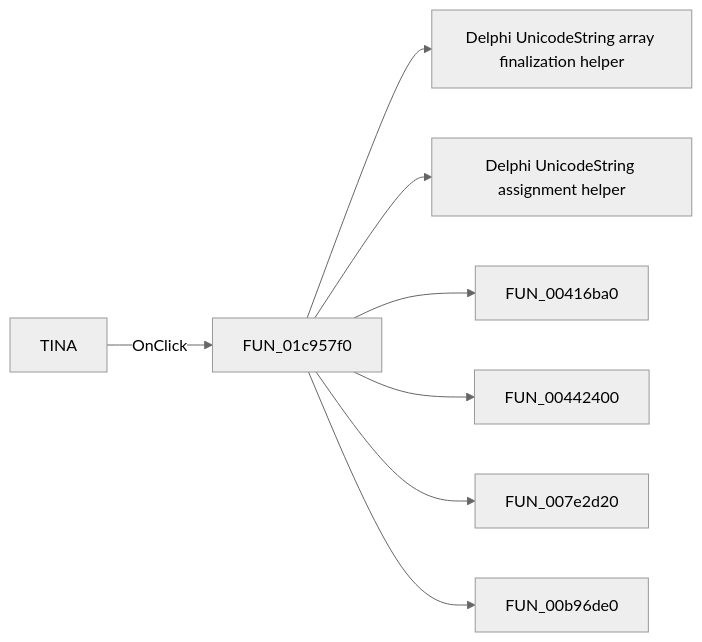
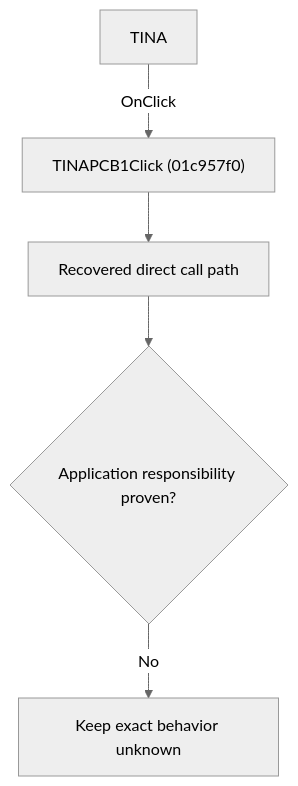
The diagram in docs/ui-controls/schematiceditor/tinapcb1-8f9fb38c5f.md (MovGP0/TIARA), drawn with Mermaid (neutral theme) before and after one commit. The commit also changed other lines of this file and 1062 other files, not shown here.

````diff
--- a/docs/ui-controls/schematiceditor/tinapcb1-8f9fb38c5f.md
+++ b/docs/ui-controls/schematiceditor/tinapcb1-8f9fb38c5f.md
@@ -27,10 +27,7 @@
 ```mermaid
-flowchart LR
-    control["TINA"] -->|OnClick| handler["FUN_01c957f0"]
-    handler --> call1["Delphi UnicodeString array finalization helper"]
-    handler --> call2["Delphi UnicodeString assignment helper"]
-    handler --> call3["FUN_00416ba0"]
-    handler --> call4["FUN_00442400"]
-    handler --> call5["FUN_007e2d20"]
-    handler --> call6["FUN_00b96de0"]
+flowchart TD
+    control["TINA"] -->|"OnClick"| handler["TINAPCB1Click (01c957f0)"]
+    handler --> recovered["Recovered direct call path"]
+    recovered --> gap{"Application responsibility proven?"}
+    gap -->|"No"| blocked["Keep exact behavior unknown"]
 ```
````
